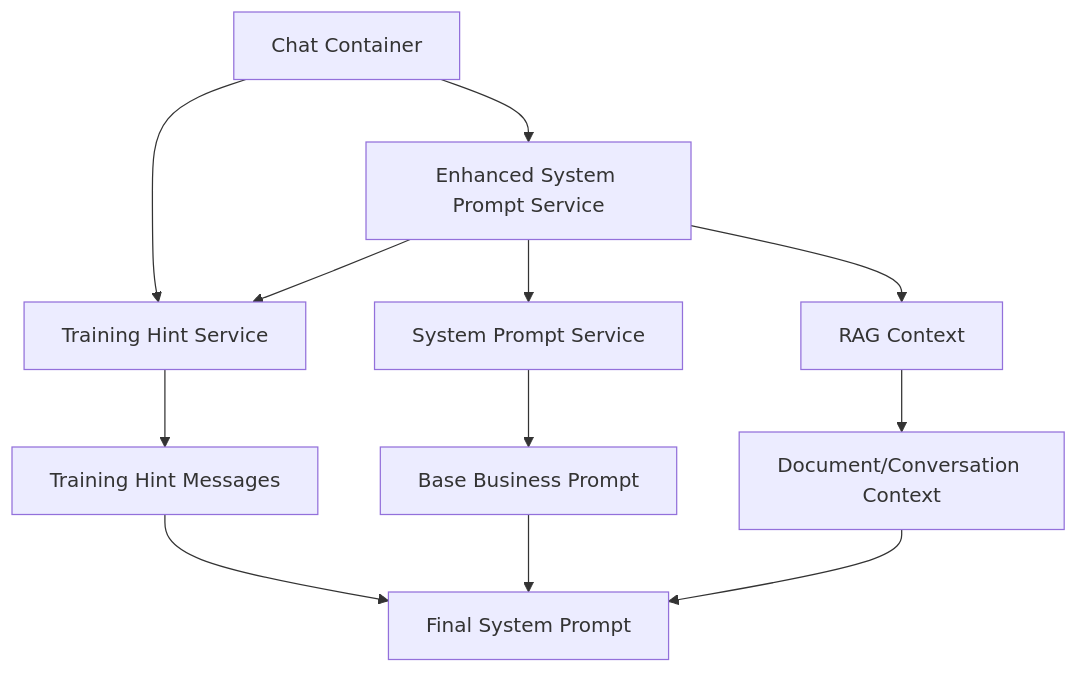
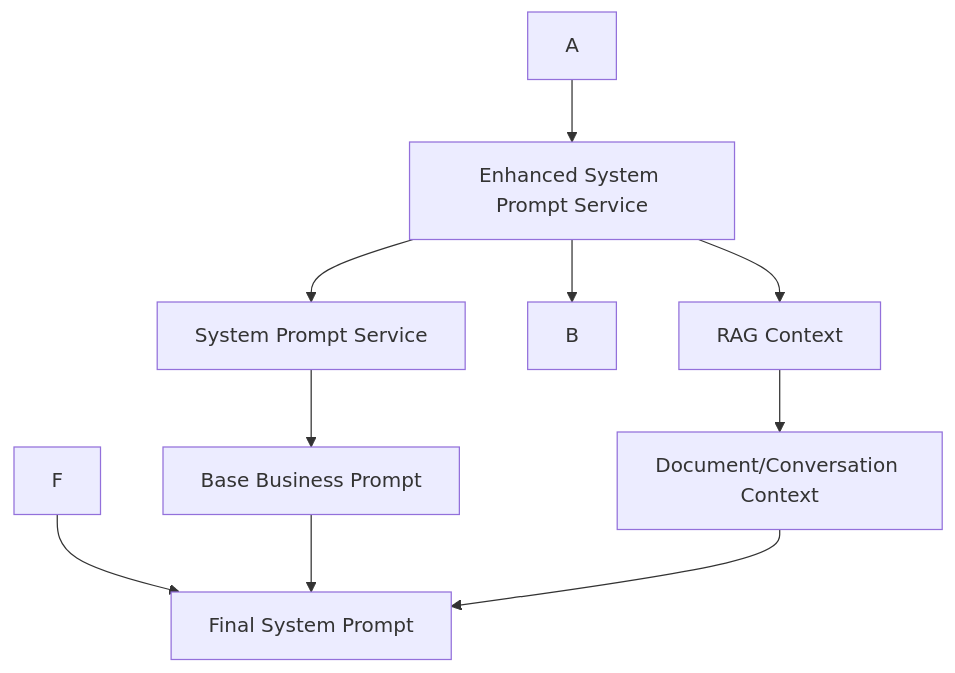
One commit to mauriciopf/chayo changed the diagram in docs/SYSTEM_PROMPT_ARCHITECTURE.md. Above: the diagram before and after it, drawn with Mermaid. The commit also changed other lines of this file and 7 other files, not shown here.

First line of the commit message:
Refactor system prompt architecture and enhance organization chat services

````diff
--- a/docs/SYSTEM_PROMPT_ARCHITECTURE.md
+++ b/docs/SYSTEM_PROMPT_ARCHITECTURE.md
@@ -11,16 +11,14 @@
 ```mermaid
 graph TD
-    A[Chat Container] --> B[Training Hint Service]
     A --> C[Enhanced System Prompt Service]
     C --> D[System Prompt Service]
     C --> B
     C --> E[RAG Context]
     
-    B --> F[Training Hint Messages]
     D --> G[Base Business Prompt]
     E --> H[Document/Conversation Context]
     
     F --> I[Final System Prompt]
     G --> I
     H --> I
 ```
````
